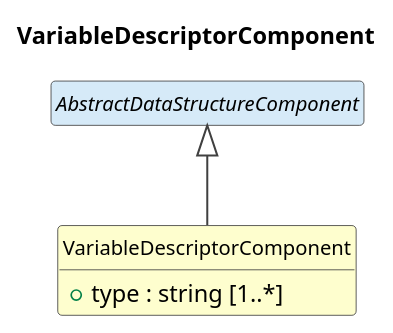
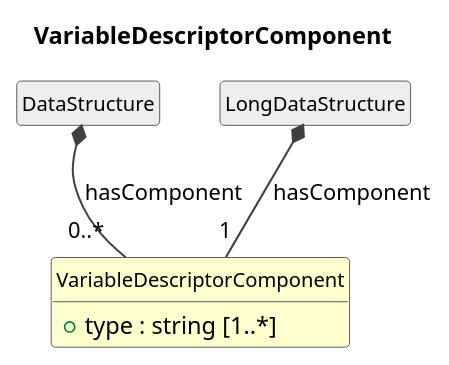
One commit to Cross-Domain-Interoperability-Framework/metadataBuildingBlocks changed the diagram in cdif-uml-model/cdifDataStructure/Classes/VariableDescriptorComponent.pu. Above: the diagram before and after it, drawn with PlantUML. The commit also changed 253 other files, not shown here.

First line of the commit message:
cdifDataStructure: schema refinement + regenerated diagrams

```diff
--- a/cdif-uml-model/cdifDataStructure/Classes/VariableDescriptorComponent.pu
+++ b/cdif-uml-model/cdifDataStructure/Classes/VariableDescriptorComponent.pu
@@ -1,19 +1,21 @@
 @startuml
 title VariableDescriptorComponent
 hide circle
 hide empty members
 skinparam shadowing false
 skinparam ArrowThickness 1.2
 skinparam class {
   ArrowColor #404040
   BorderColor #404040
   FontSize 12
 }
 
 class "VariableDescriptorComponent" as VariableDescriptorComponent #FEFECE {
   +type : string [1..*]
 }
-abstract class "AbstractDataStructureComponent" as AbstractDataStructureComponent #D6EAF8
-AbstractDataStructureComponent <|-- VariableDescriptorComponent
+class "DataStructure" as DataStructure #EEEEEE
+DataStructure *-- "0..*" VariableDescriptorComponent : hasComponent
+class "LongDataStructure" as LongDataStructure #EEEEEE
+LongDataStructure *-- "1" VariableDescriptorComponent : hasComponent
 
 @enduml
```
